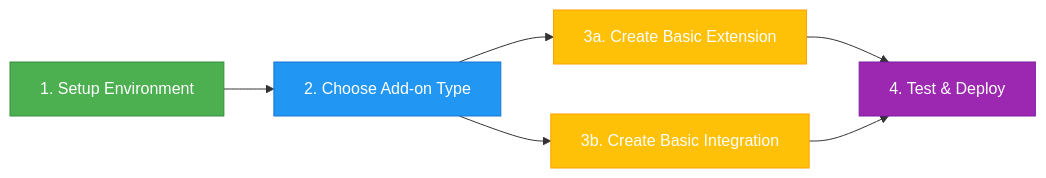
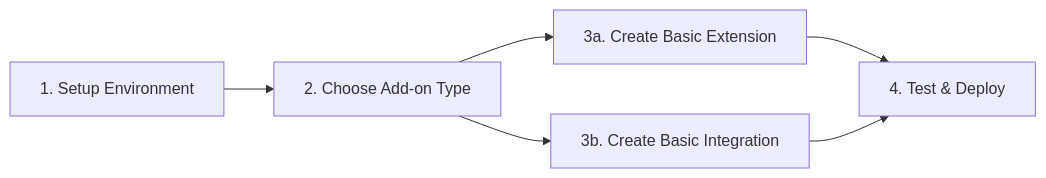
The first of 2 diagrams in guides/templates/getting-started-template.md (mainwp/mainwp.dev), drawn with Mermaid before and after one commit. The commit also changed other lines of this file, not shown here.

```diff
--- a/guides/templates/getting-started-template.md
+++ b/guides/templates/getting-started-template.md
@@ -9,14 +16,14 @@
 <div class="mermaid">
 flowchart LR
-    A[1. Setup Environment] --> B[2. Choose Add-on Type]
-    B --> C1[3a. Create Basic Extension]
-    B --> C2[3b. Create Basic Integration]
-    C1 --> D[4. Test & Deploy]
+    A["1. Setup Environment"] --> B["2. Choose Add-on Type"]
+    B --> C1["3a. Create Basic Extension"]
+    B --> C2["3b. Create Basic Integration"]
+    C1 --> D["4. Test & Deploy"]
     C2 --> D
-    
-    style A fill:#4CAF50,stroke:#388E3C,color:white
-    style B fill:#2196F3,stroke:#1976D2,color:white
-    style C1 fill:#FFC107,stroke:#FFA000,color:white
-    style C2 fill:#FFC107,stroke:#FFA000,color:white
-    style D fill:#9C27B0,stroke:#7B1FA2,color:white
+
+    style A fill:#4CAF50stroke:#388E3Ccolor:white
+    style B fill:#2196F3stroke:#1976D2color:white
+    style C1 fill:#FFC107stroke:#FFA000color:white
+    style C2 fill:#FFC107stroke:#FFA000color:white
+    style D fill:#9C27B0stroke:#7B1FA2color:white
 </div>
```
